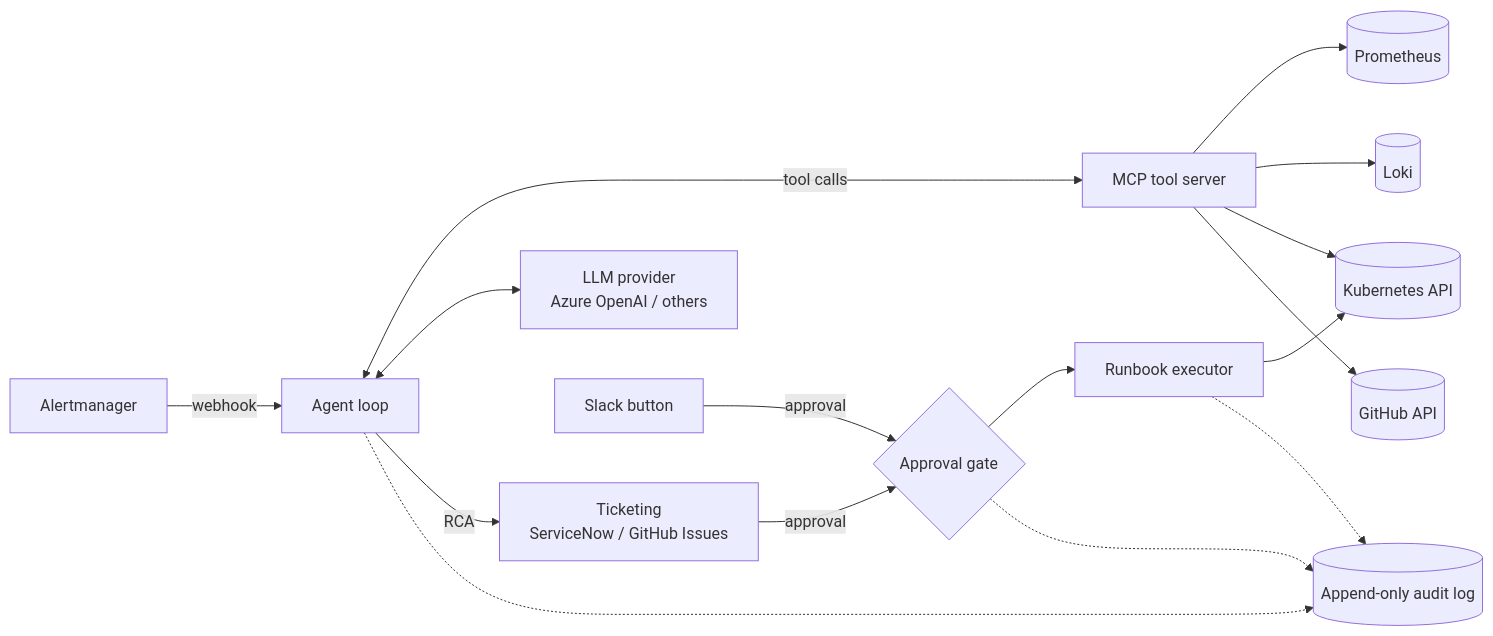
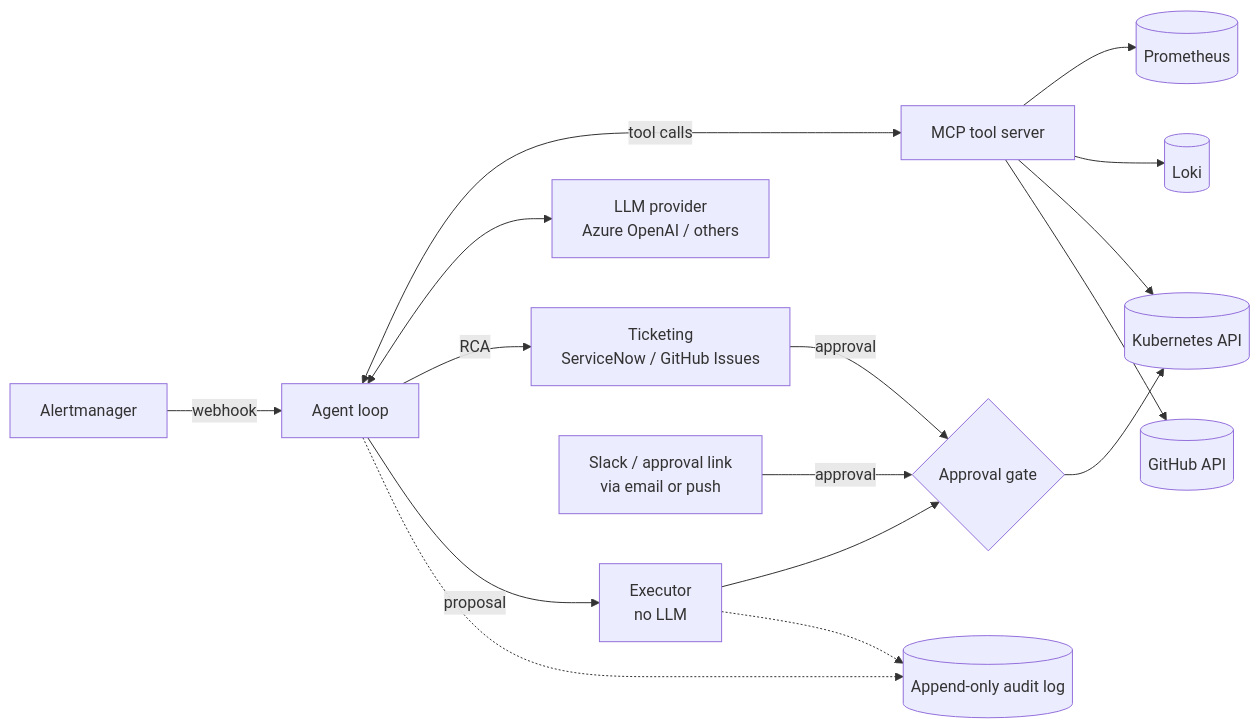
Before and after one commit to itsankoff/incident-copilot: the diagram in README.md, drawn with Mermaid. The commit also changed other lines of this file and 3 other files, not shown here.

Commit message:
* Consolidate misc/INSTRUCTIONS.md into arch-diagram.md and CONTRIBUTING.md, trim README

````diff
--- a/README.md
+++ b/README.md
@@ -25,18 +25,18 @@
 ```mermaid
 flowchart LR
     AM[Alertmanager] -- webhook --> AG[Agent loop]
     AG <-- tool calls --> MCP[MCP tool server]
     MCP --> PROM[(Prometheus)]
     MCP --> LOKI[(Loki)]
     MCP --> K8S[(Kubernetes API)]
     MCP --> GH[(GitHub API)]
     AG <--> LLM[LLM provider<br/>Azure OpenAI / others]
     AG -- RCA --> TKT[Ticketing<br/>ServiceNow / GitHub Issues]
-    TKT -- approval --> GATE{Approval gate}
-    SLACK[Slack button] -- approval --> GATE
-    GATE --> RB[Runbook executor]
-    RB --> K8S
+    AG -- proposal --> EX[Executor<br/>no LLM]
+    EX --> GATE{Approval gate}
+    TKT -- approval --> GATE
+    CH[Slack / approval link<br/>via email or push] -- approval --> GATE
+    GATE --> K8S
     AG -.-> AUDIT[(Append-only audit log)]
-    GATE -.-> AUDIT
-    RB -.-> AUDIT
+    EX -.-> AUDIT
 ```
````
